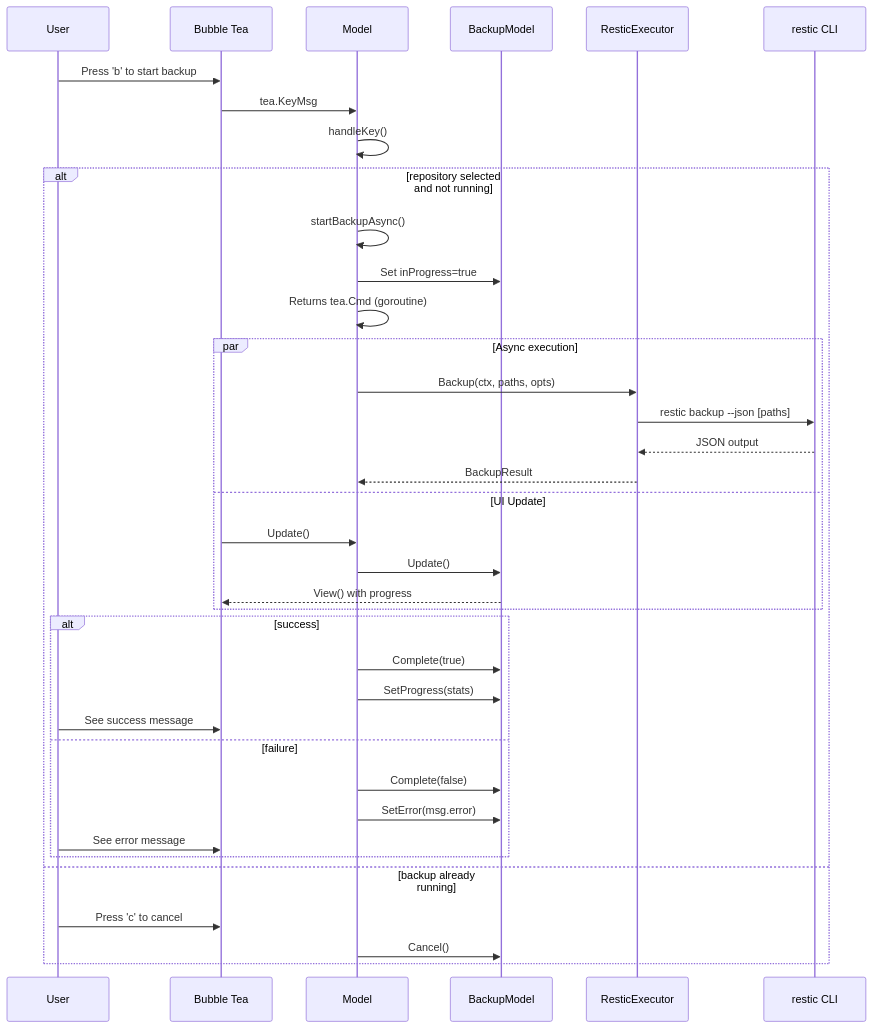
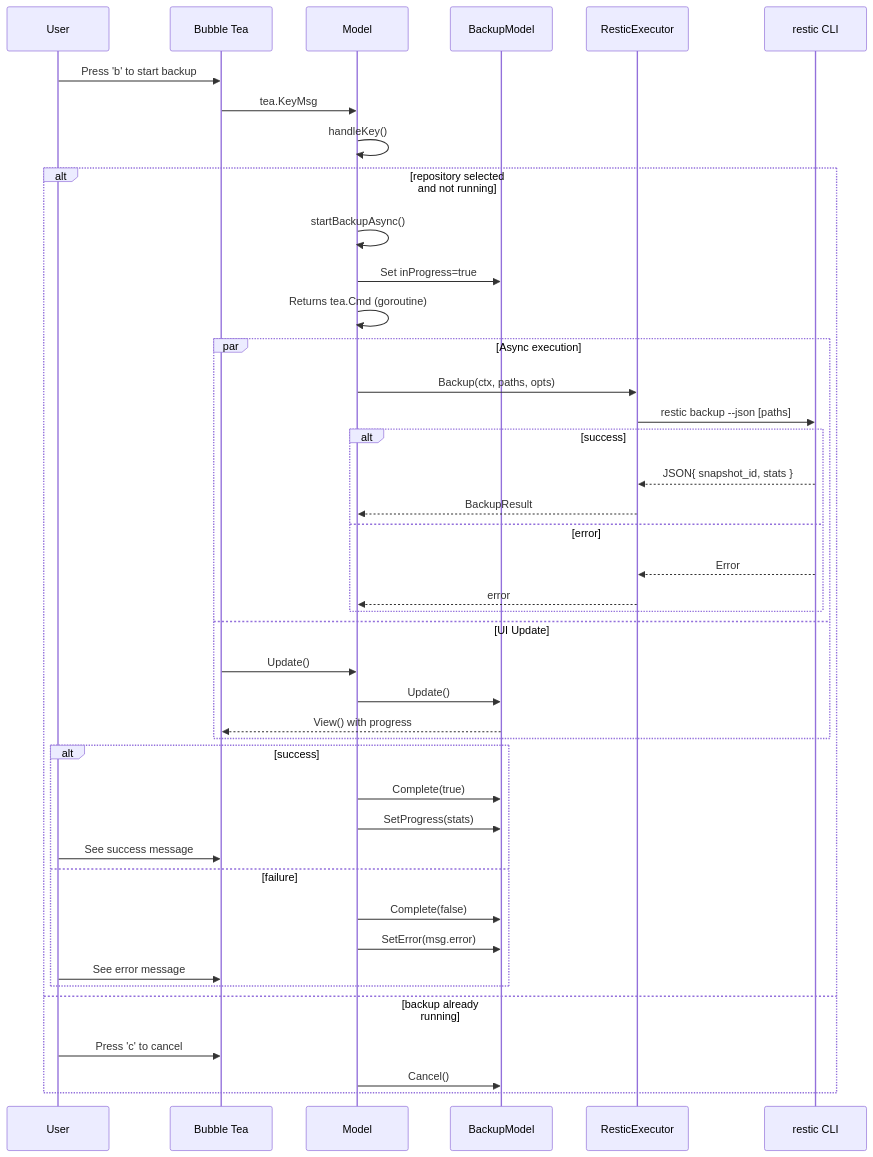
One commit to gdellis/restic-backup changed the fourth of 5 diagrams in DESIGN.md. Above: the diagram before and after it, drawn with Mermaid. The commit also changed other lines of this file, not shown here.

Commit message:
Address PR review: add error flow to sequence diagram, define types

````diff
--- a/DESIGN.md
+++ b/DESIGN.md
@@ -273,43 +273,49 @@
 ```mermaid
 sequenceDiagram
     participant User
     participant TUI as Bubble Tea
     participant Model
     participant BackupModel
     participant ResticExecutor
     participant ResticCLI as restic CLI
     
     User->>TUI: Press 'b' to start backup
     TUI->>Model: tea.KeyMsg
     Model->>Model: handleKey()
     
     alt repository selected and not running
         Model->>Model: startBackupAsync()
         Model->>BackupModel: Set inProgress=true
         Model->>Model: Returns tea.Cmd (goroutine)
         
         par Async execution
             Model->>ResticExecutor: Backup(ctx, paths, opts)
             ResticExecutor->>ResticCLI: restic backup --json [paths]
-            ResticCLI-->>ResticExecutor: JSON output
-            ResticExecutor-->>Model: BackupResult
+            
+            alt success
+                ResticCLI-->>ResticExecutor: JSON{ snapshot_id, stats }
+                ResticExecutor-->>Model: BackupResult
+            else error
+                ResticCLI-->>ResticExecutor: Error
+                ResticExecutor-->>Model: error
+            end
         and UI Update
             TUI->>Model: Update()
             Model->>BackupModel: Update()
             BackupModel-->>TUI: View() with progress
         end
         
         alt success
             Model->>BackupModel: Complete(true)
             Model->>BackupModel: SetProgress(stats)
             User->>TUI: See success message
         else failure
             Model->>BackupModel: Complete(false)
             Model->>BackupModel: SetError(msg.error)
             User->>TUI: See error message
         end
     else backup already running
         User->>TUI: Press 'c' to cancel
         Model->>BackupModel: Cancel()
     end
 ```
````
